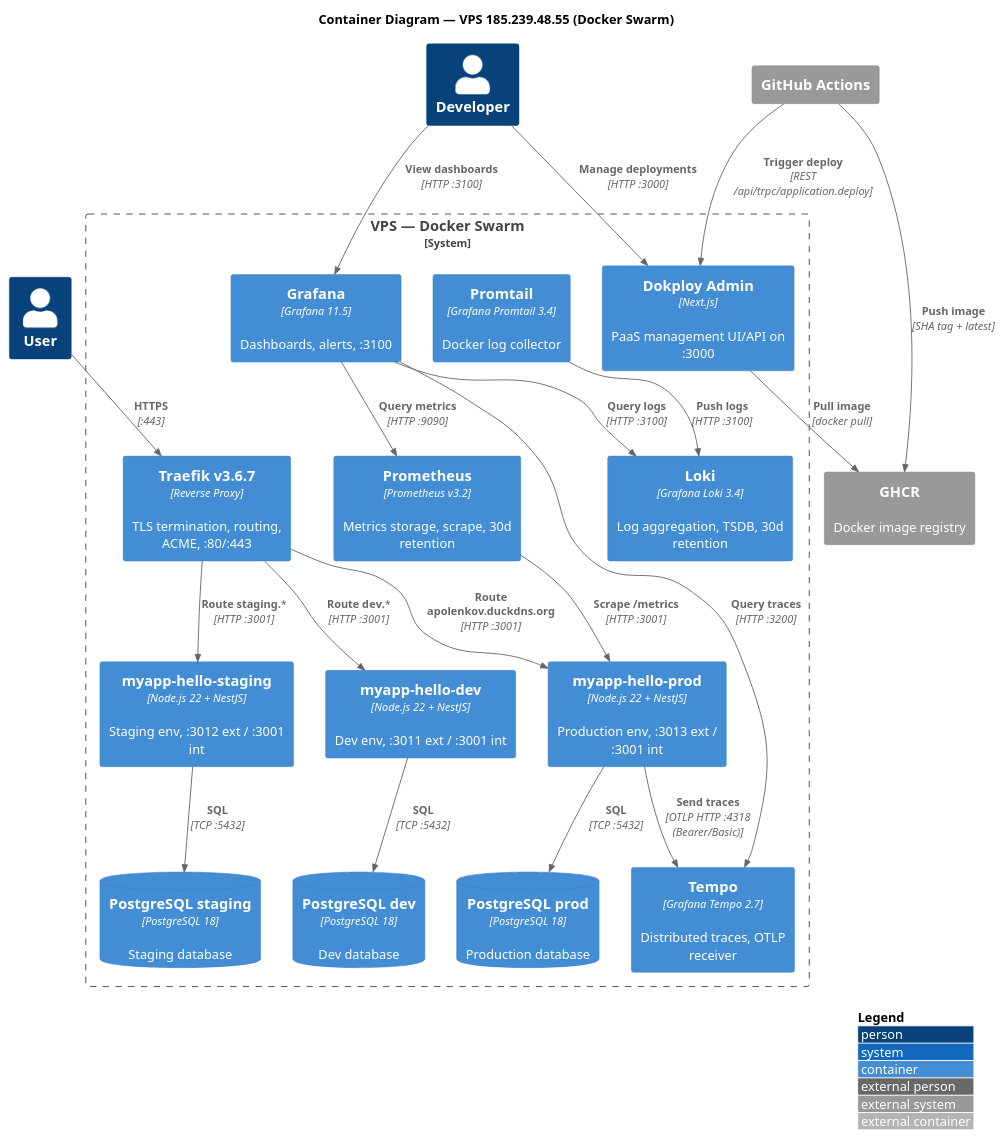
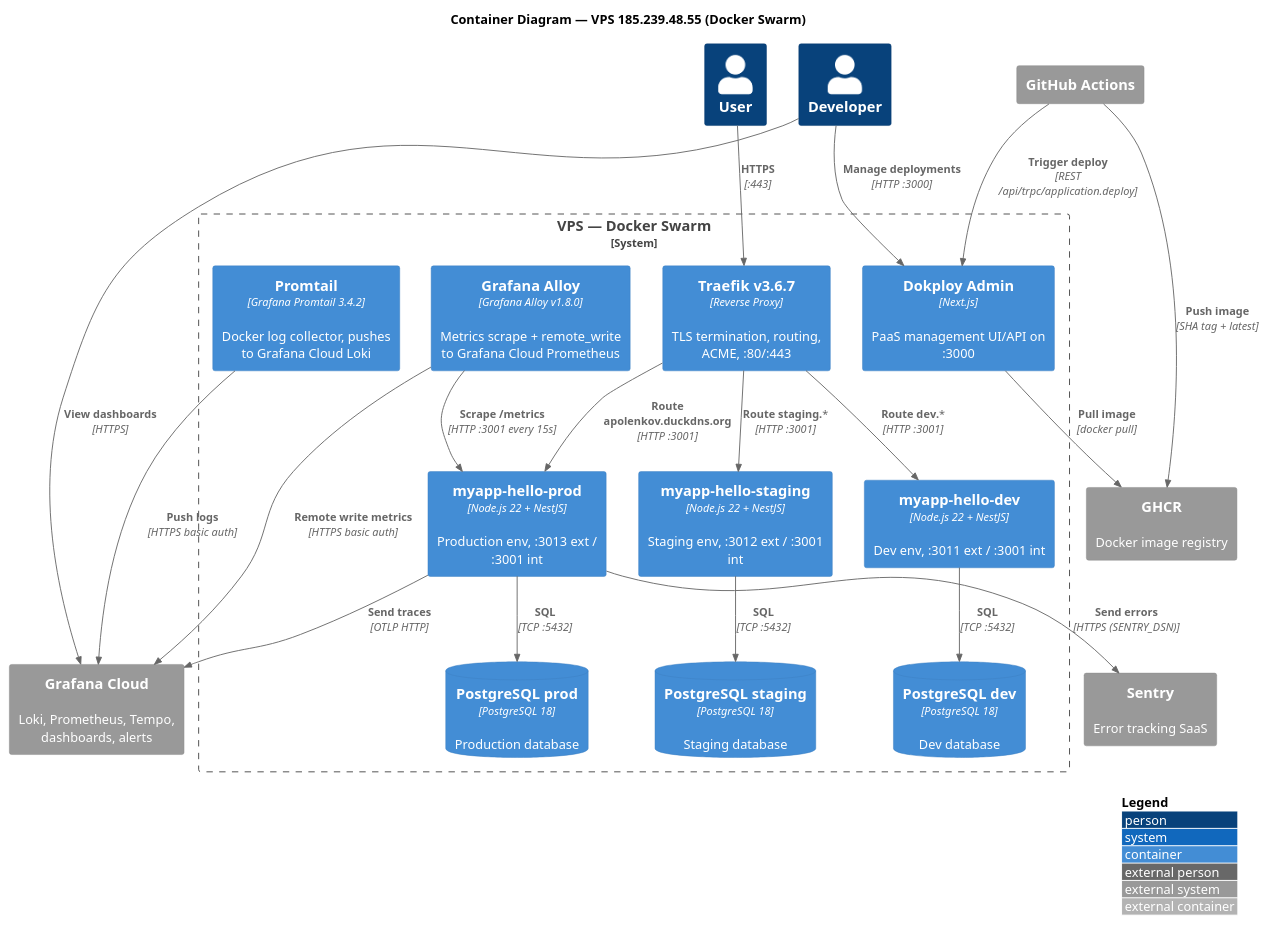
One commit to apolenkov/myapp-hello changed the second of 4 diagrams in docs/architecture.md. Above: the diagram before and after it, drawn with PlantUML. The commit also changed other lines of this file and 14 other files, not shown here.

````diff
--- a/docs/architecture.md
+++ b/docs/architecture.md
@@ -43,45 +43,42 @@
 ```plantuml
 @startuml
 !include https://raw.githubusercontent.com/plantuml-stdlib/C4-PlantUML/master/C4_Container.puml
 title Container Diagram — VPS 185.239.48.55 (Docker Swarm)
 Person(user, "User")
 Person(dev, "Developer")
 System_Boundary(vps, "VPS — Docker Swarm") {
     Container(traefik, "Traefik v3.6.7", "Reverse Proxy", "TLS termination, routing, ACME, :80/:443")
     Container(dokploy_admin, "Dokploy Admin", "Next.js", "PaaS management UI/API on :3000")
     Container(app_prod, "myapp-hello-prod", "Node.js 22 + NestJS", "Production env, :3013 ext / :3001 int")
     Container(app_staging, "myapp-hello-staging", "Node.js 22 + NestJS", "Staging env, :3012 ext / :3001 int")
     Container(app_dev, "myapp-hello-dev", "Node.js 22 + NestJS", "Dev env, :3011 ext / :3001 int")
     ContainerDb(pg_prod, "PostgreSQL prod", "PostgreSQL 18", "Production database")
     ContainerDb(pg_staging, "PostgreSQL staging", "PostgreSQL 18", "Staging database")
     ContainerDb(pg_dev, "PostgreSQL dev", "PostgreSQL 18", "Dev database")
-    Container(grafana, "Grafana", "Grafana 11.5", "Dashboards, alerts, :3100")
-    Container(prometheus, "Prometheus", "Prometheus v3.2", "Metrics storage, scrape, 30d retention")
-    Container(loki, "Loki", "Grafana Loki 3.4", "Log aggregation, TSDB, 30d retention")
-    Container(tempo, "Tempo", "Grafana Tempo 2.7", "Distributed traces, OTLP receiver")
-    Container(promtail, "Promtail", "Grafana Promtail 3.4", "Docker log collector")
+    Container(promtail, "Promtail", "Grafana Promtail 3.4.2", "Docker log collector, pushes to Grafana Cloud Loki")
+    Container(alloy, "Grafana Alloy", "Grafana Alloy v1.8.0", "Metrics scrape + remote_write to Grafana Cloud Prometheus")
 }
 System_Ext(github, "GitHub Actions")
 System_Ext(ghcr, "GHCR", "Docker image registry")
+System_Ext(grafana_cloud, "Grafana Cloud", "Loki, Prometheus, Tempo, dashboards, alerts")
+System_Ext(sentry, "Sentry", "Error tracking SaaS")
 Rel(user, traefik, "HTTPS", ":443")
 Rel(dev, dokploy_admin, "Manage deployments", "HTTP :3000")
-Rel(dev, grafana, "View dashboards", "HTTP :3100")
+Rel(dev, grafana_cloud, "View dashboards", "HTTPS")
 Rel(github, ghcr, "Push image", "SHA tag + latest")
 Rel(github, dokploy_admin, "Trigger deploy", "REST /api/trpc/application.deploy")
 Rel(dokploy_admin, ghcr, "Pull image", "docker pull")
 Rel(traefik, app_prod, "Route apolenkov.duckdns.org", "HTTP :3001")
 Rel(traefik, app_staging, "Route staging.*", "HTTP :3001")
 Rel(traefik, app_dev, "Route dev.*", "HTTP :3001")
 Rel(app_prod, pg_prod, "SQL", "TCP :5432")
 Rel(app_staging, pg_staging, "SQL", "TCP :5432")
 Rel(app_dev, pg_dev, "SQL", "TCP :5432")
-Rel(prometheus, app_prod, "Scrape /metrics", "HTTP :3001")
-Rel(promtail, loki, "Push logs", "HTTP :3100")
-Rel(app_prod, tempo, "Send traces", "OTLP HTTP :4318 (Bearer/Basic)")
-
-Rel(grafana, prometheus, "Query metrics", "HTTP :9090")
-Rel(grafana, loki, "Query logs", "HTTP :3100")
-Rel(grafana, tempo, "Query traces", "HTTP :3200")
+Rel(alloy, app_prod, "Scrape /metrics", "HTTP :3001 every 15s")
+Rel(alloy, grafana_cloud, "Remote write metrics", "HTTPS basic auth")
+Rel(promtail, grafana_cloud, "Push logs", "HTTPS basic auth")
+Rel(app_prod, grafana_cloud, "Send traces", "OTLP HTTP")
+Rel(app_prod, sentry, "Send errors", "HTTPS (SENTRY_DSN)")
 LAYOUT_WITH_LEGEND()
 @enduml
 ```
````
